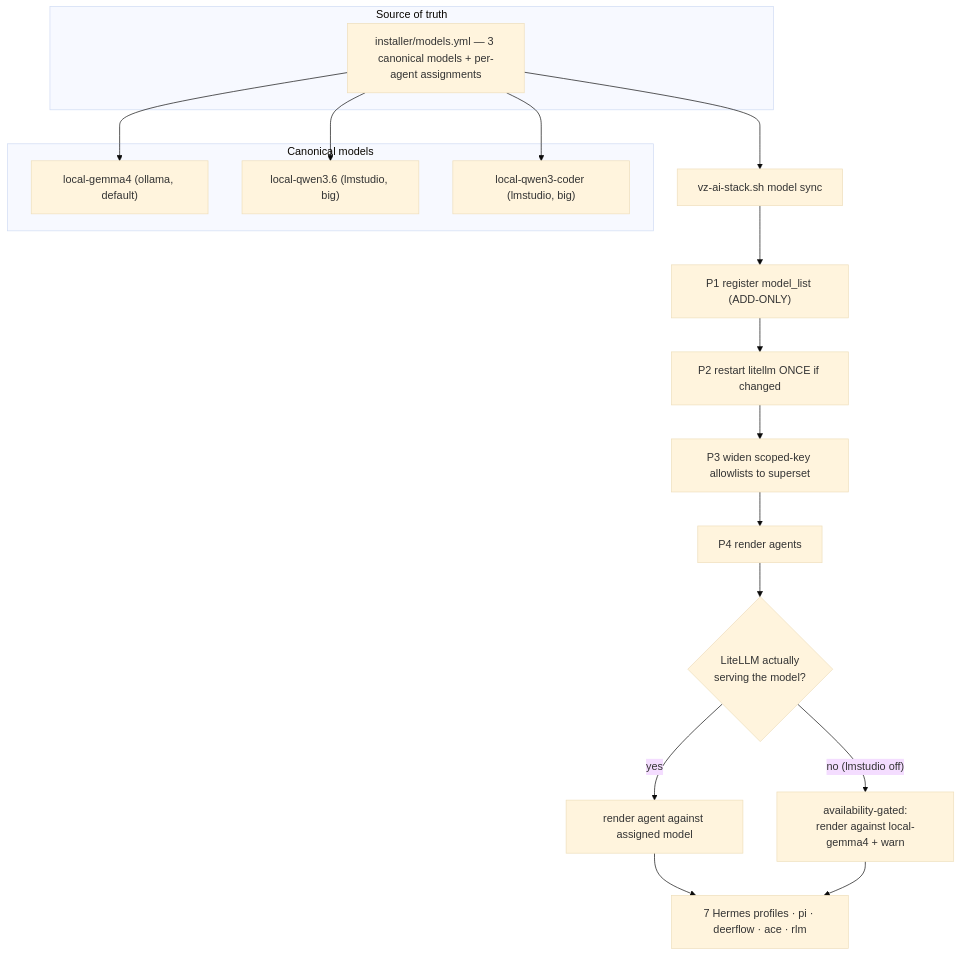
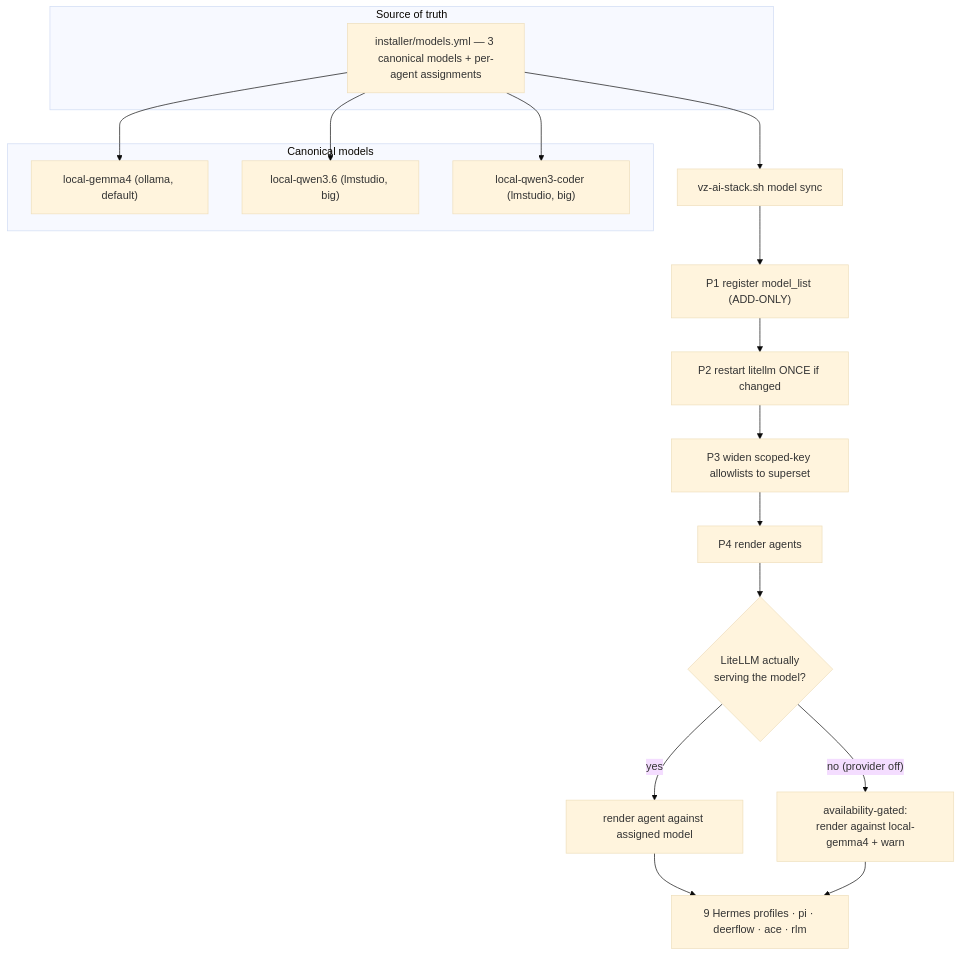
The fifth of 21 diagrams in doc/DIAGRAMS.md (mayssamj/versatile-ai-stack), drawn with Mermaid (base theme) before and after one commit. The commit also changed other lines of this file and 17 other files, not shown here.

````diff
--- a/doc/DIAGRAMS.md
+++ b/doc/DIAGRAMS.md
@@ -312,31 +312,31 @@
 ```mermaid
 flowchart TB
   subgraph SoT[Source of truth]
     MY["installer/models.yml — 3 canonical models + per-agent assignments"]
   end
 
   subgraph Models[Canonical models]
     GM["local-gemma4 (ollama, default)"]
     Q36["local-qwen3.6 (lmstudio, big)"]
     QC["local-qwen3-coder (lmstudio, big)"]
   end
 
   MY --> GM
   MY --> Q36
   MY --> QC
 
   Sync["vz-ai-stack.sh model sync"]
   MY --> Sync
 
   Sync --> P1["P1 register model_list (ADD-ONLY)"]
   P1 --> P2["P2 restart litellm ONCE if changed"]
   P2 --> P3["P3 widen scoped-key allowlists to superset"]
   P3 --> P4["P4 render agents"]
 
   P4 --> Gate{LiteLLM actually<br/>serving the model?}
   Gate -- "yes" --> Bind["render agent against assigned model"]
-  Gate -- "no (lmstudio off)" --> Fall["availability-gated:<br/>render against local-gemma4 + warn"]
+  Gate -- "no (provider off)" --> Fall["availability-gated:<br/>render against local-gemma4 + warn"]
 
-  Bind --> Agents["7 Hermes profiles · pi · deerflow · ace · rlm"]
+  Bind --> Agents["9 Hermes profiles · pi · deerflow · ace · rlm"]
   Fall --> Agents
 ```
````
